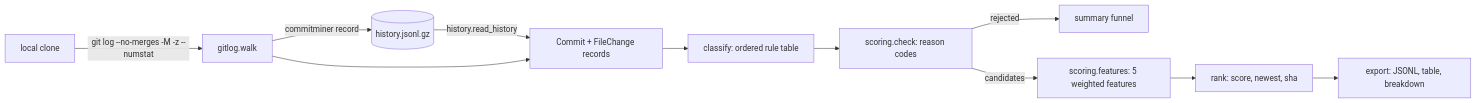
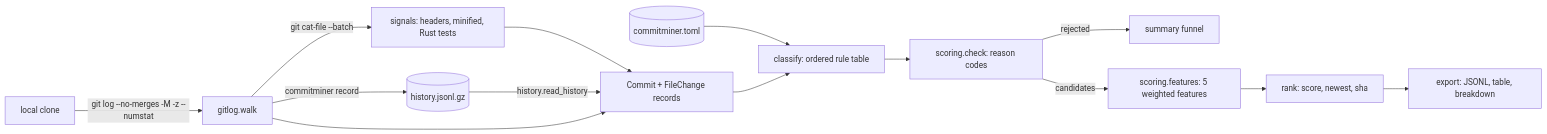
The diagram in README.md (vipul21435/commitminer), drawn with Mermaid before and after one commit. The commit also changed other lines of this file and 8 other files, not shown here.

First line of the commit message:
feat(classify): Rust test-module files, inline tests in the table, slice docs

````diff
--- a/README.md
+++ b/README.md
@@ -145,13 +238,16 @@
 ```mermaid
 flowchart LR
     clone[local clone] -->|"git log --no-merges -M -z --numstat"| walk[gitlog.walk]
+    walk -->|"git cat-file --batch"| signals[signals: headers, minified, Rust tests]
+    signals --> commits
     walk -->|commitminer record| rec[(history.jsonl.gz)]
     rec -->|history.read_history| commits
     walk --> commits[Commit + FileChange records]
+    toml[(commitminer.toml)] --> classify
     commits --> classify[classify: ordered rule table]
     classify --> check[scoring.check: reason codes]
     check -->|rejected| funnel[summary funnel]
     check -->|candidates| features[scoring.features: 5 weighted features]
     features --> rank[rank: score, newest, sha]
     rank --> export[export: JSONL, table, breakdown]
 ```
````
